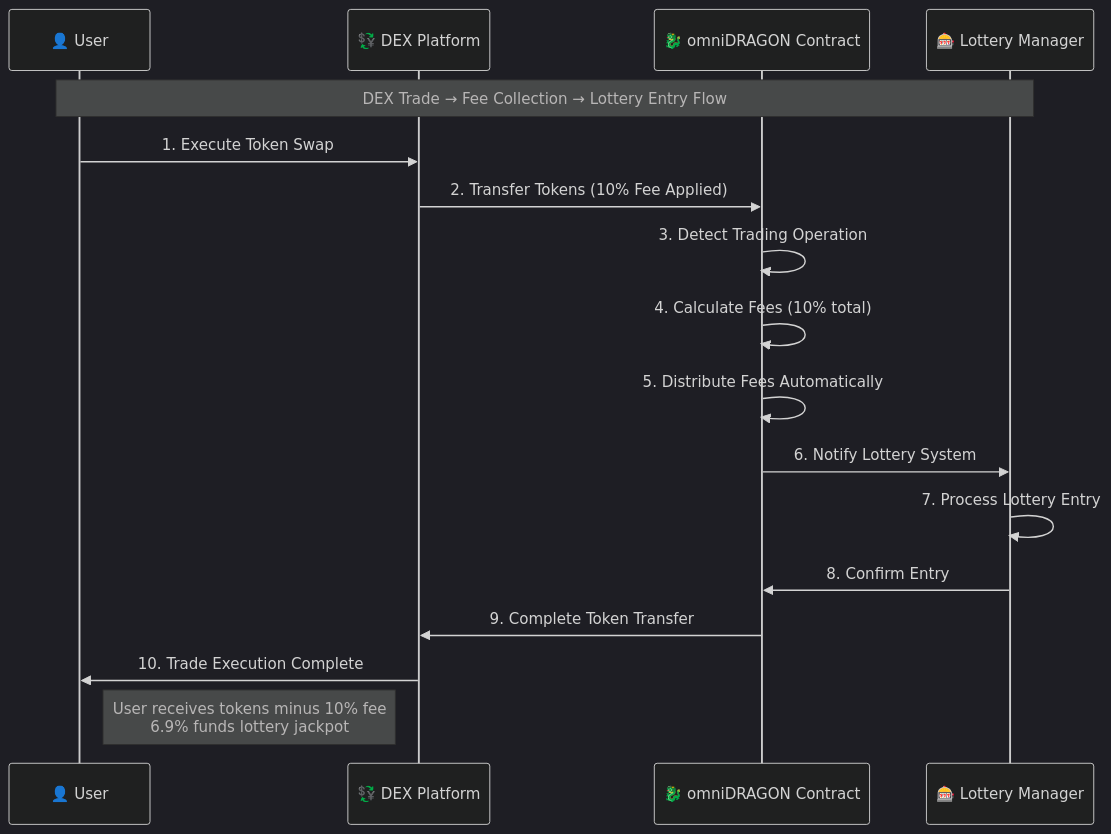
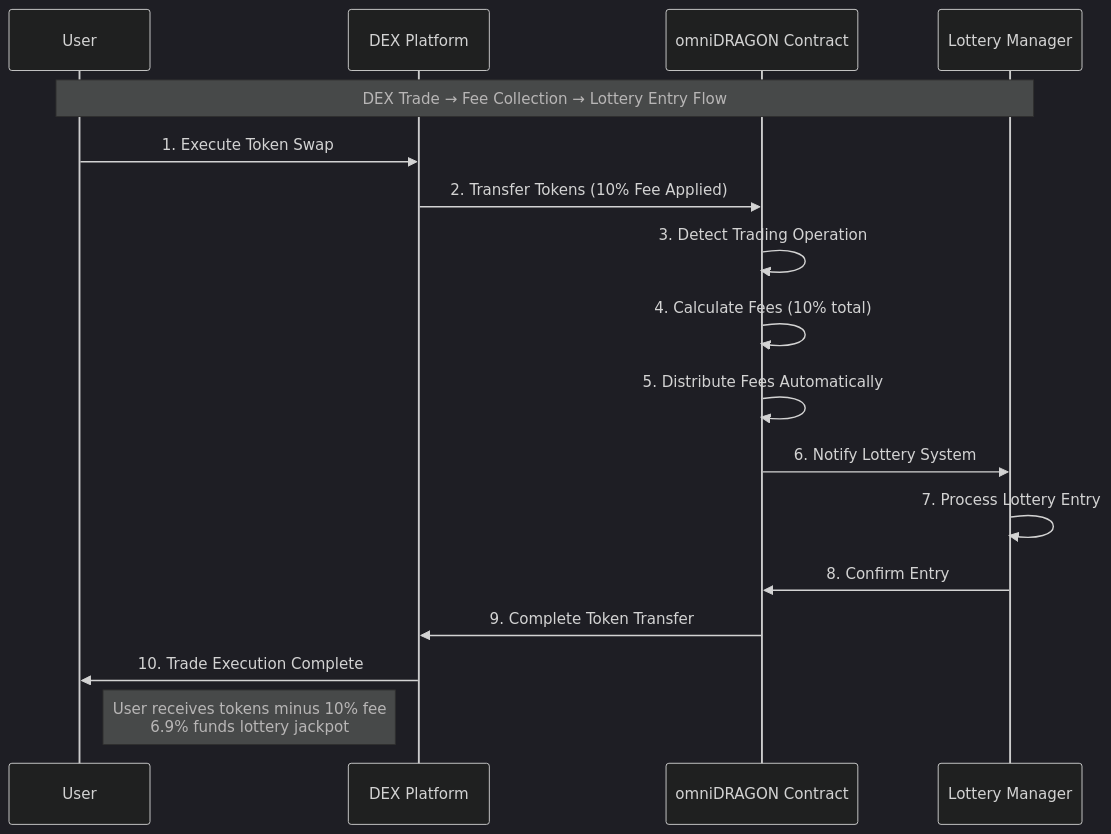
The ninth of 11 diagrams in docs/diagrams.md (omnidragon-io/docs), drawn with Mermaid (dark theme) before and after one commit. The commit also changed other lines of this file, not shown here.

First line of the commit message:
docs: remove all emojis from Mermaid diagrams for clean, professional appearance

````diff
--- a/docs/diagrams.md
+++ b/docs/diagrams.md
@@ -321,25 +321,25 @@
 ```mermaid
 sequenceDiagram
-    participant U as 👤 User
-    participant DEX as 💱 DEX Platform
-    participant DRAGON as 🐉 omniDRAGON Contract
-    participant LOTTERY as 🎰 Lottery Manager
+    participant U as User
+    participant DEX as DEX Platform
+    participant DRAGON as omniDRAGON Contract
+    participant LOTTERY as Lottery Manager
 
     Note over U,LOTTERY: DEX Trade → Fee Collection → Lottery Entry Flow
 
     U->>DEX: 1. Execute Token Swap
     DEX->>DRAGON: 2. Transfer Tokens (10% Fee Applied)
 
     DRAGON->>DRAGON: 3. Detect Trading Operation
     DRAGON->>DRAGON: 4. Calculate Fees (10% total)
     DRAGON->>DRAGON: 5. Distribute Fees Automatically
 
     DRAGON->>LOTTERY: 6. Notify Lottery System
     LOTTERY->>LOTTERY: 7. Process Lottery Entry
     LOTTERY->>DRAGON: 8. Confirm Entry
 
     DRAGON->>DEX: 9. Complete Token Transfer
     DEX->>U: 10. Trade Execution Complete
 
     Note right of U: User receives tokens minus 10% fee<br/>6.9% funds lottery jackpot
 ```
````
